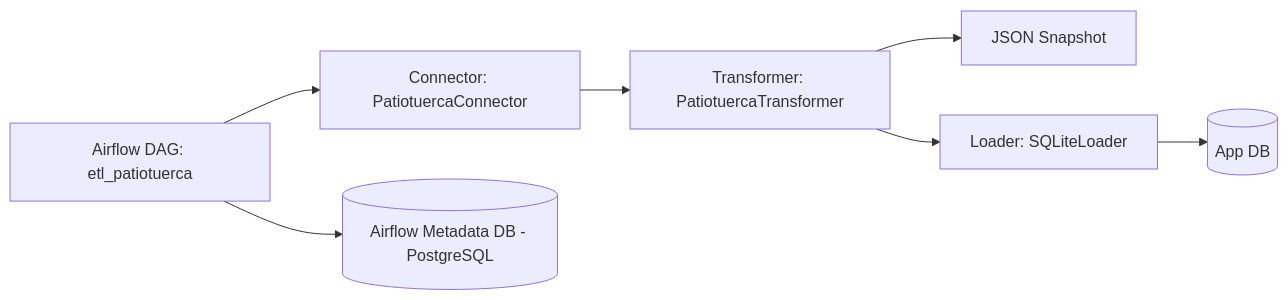
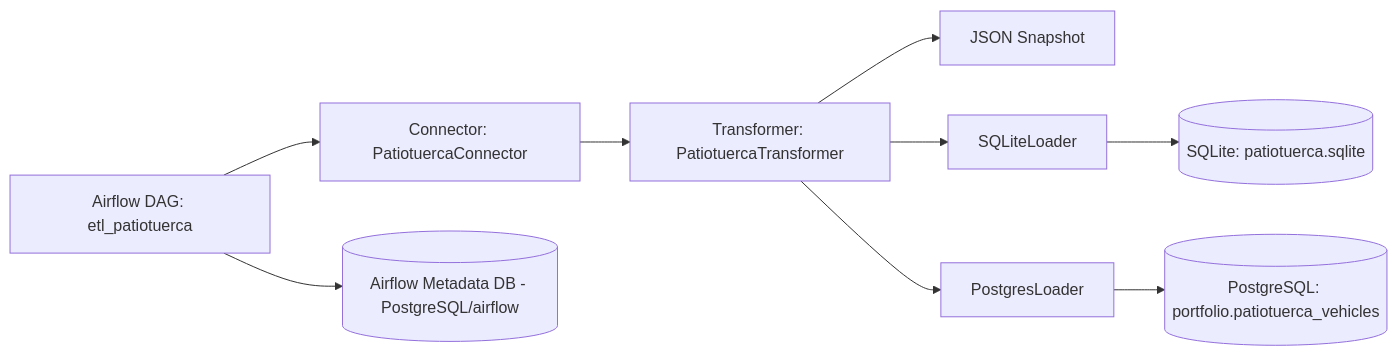
One commit to raulbarreiroz/data-portfolio changed the diagram in README.md. Above: the diagram before and after it, drawn with Mermaid. The commit also changed other lines of this file and 6 other files, not shown here.

````diff
--- a/README.md
+++ b/README.md
@@ -23,9 +26,11 @@
 ```mermaid
 flowchart LR
   AF[Airflow DAG: etl_patiotuerca] --> E[Connector: PatiotuercaConnector]
   E --> T[Transformer: PatiotuercaTransformer]
   T --> J[JSON Snapshot]
-  T --> L[Loader: SQLiteLoader]
-  L --> DB[(App DB)]
-  AF --> META[(Airflow Metadata DB - PostgreSQL)]
+  T --> L1[SQLiteLoader]
+  T --> L2[PostgresLoader]
+  L1 --> DB1[(SQLite: patiotuerca.sqlite)]
+  L2 --> DB2[(PostgreSQL: portfolio.patiotuerca_vehicles)]
+  AF --> META[(Airflow Metadata DB - PostgreSQL/airflow)]
 ```
````
